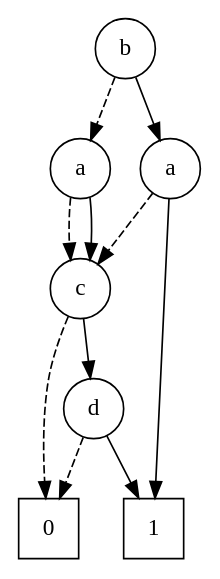
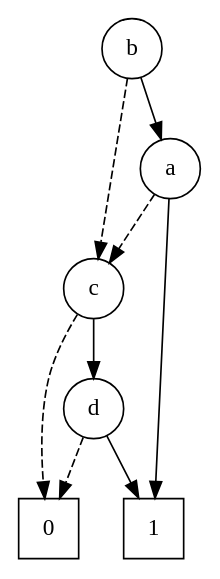
One commit to Alan-Jowett/bdd_test changed the diagram in test_expressions/reordered/simple_expression_bdd.dot. Above: the diagram before and after it, drawn with Graphviz. The commit also changed 28 other files, not shown here.

```diff
--- a/test_expressions/reordered/simple_expression_bdd.dot
+++ b/test_expressions/reordered/simple_expression_bdd.dot
@@ -1,24 +1,21 @@
 digraph DD {
 
-    node [shape = square] node3 node5;
+    node [shape = square] node2 node4;
     node [shape = circle];
 
     node0 [label = "b", tooltip = "1"];
-    node1 [label = "a", tooltip = "0"];
-    node2 [label = "c", tooltip = "2"];
-    node3 [label = "0", tooltip = "0"];
-    node4 [label = "d", tooltip = "3"];
-    node5 [label = "1", tooltip = "1"];
-    node6 [label = "a", tooltip = "0"];
+    node1 [label = "c", tooltip = "2"];
+    node2 [label = "0", tooltip = "0"];
+    node3 [label = "d", tooltip = "3"];
+    node4 [label = "1", tooltip = "1"];
+    node5 [label = "a", tooltip = "0"];
 
     node0 -> node1 [style = dashed];
     node1 -> node2 [style = dashed];
-    node2 -> node3 [style = dashed];
-    node2 -> node4 [style = solid];
-    node4 -> node3 [style = dashed];
-    node4 -> node5 [style = solid];
-    node1 -> node2 [style = solid];
-    node0 -> node6 [style = solid];
-    node6 -> node2 [style = dashed];
-    node6 -> node5 [style = solid];
+    node1 -> node3 [style = solid];
+    node3 -> node2 [style = dashed];
+    node3 -> node4 [style = solid];
+    node0 -> node5 [style = solid];
+    node5 -> node1 [style = dashed];
+    node5 -> node4 [style = solid];
 }
```
